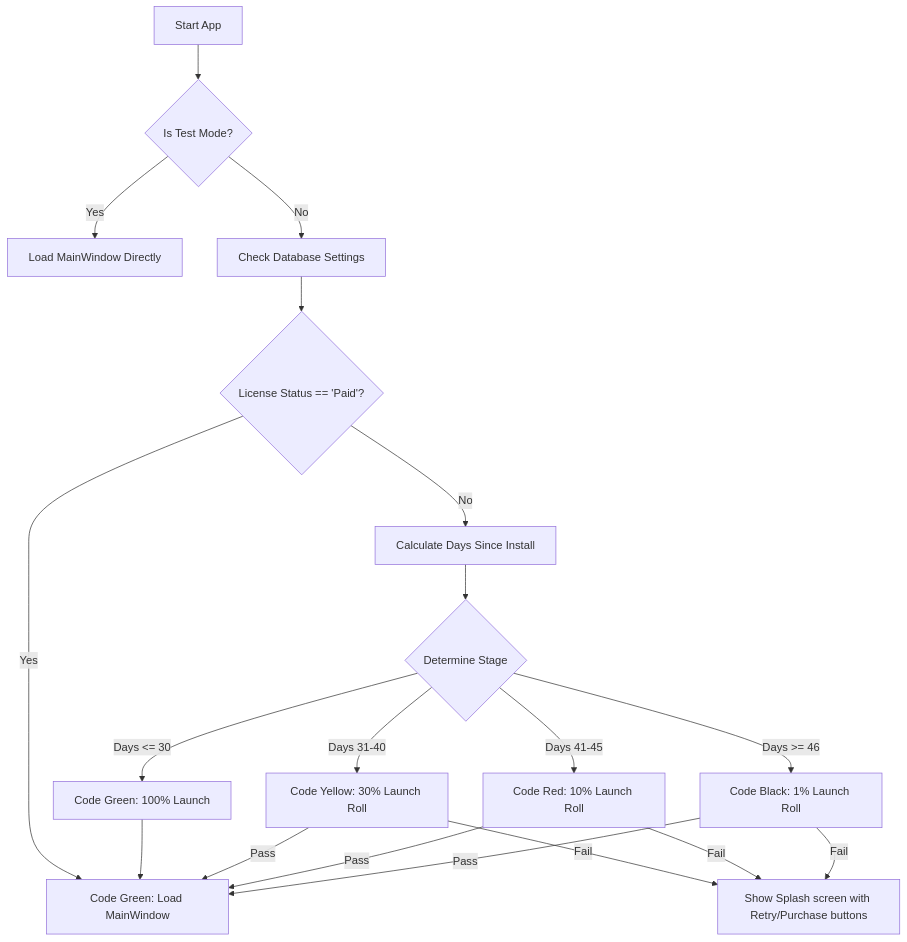
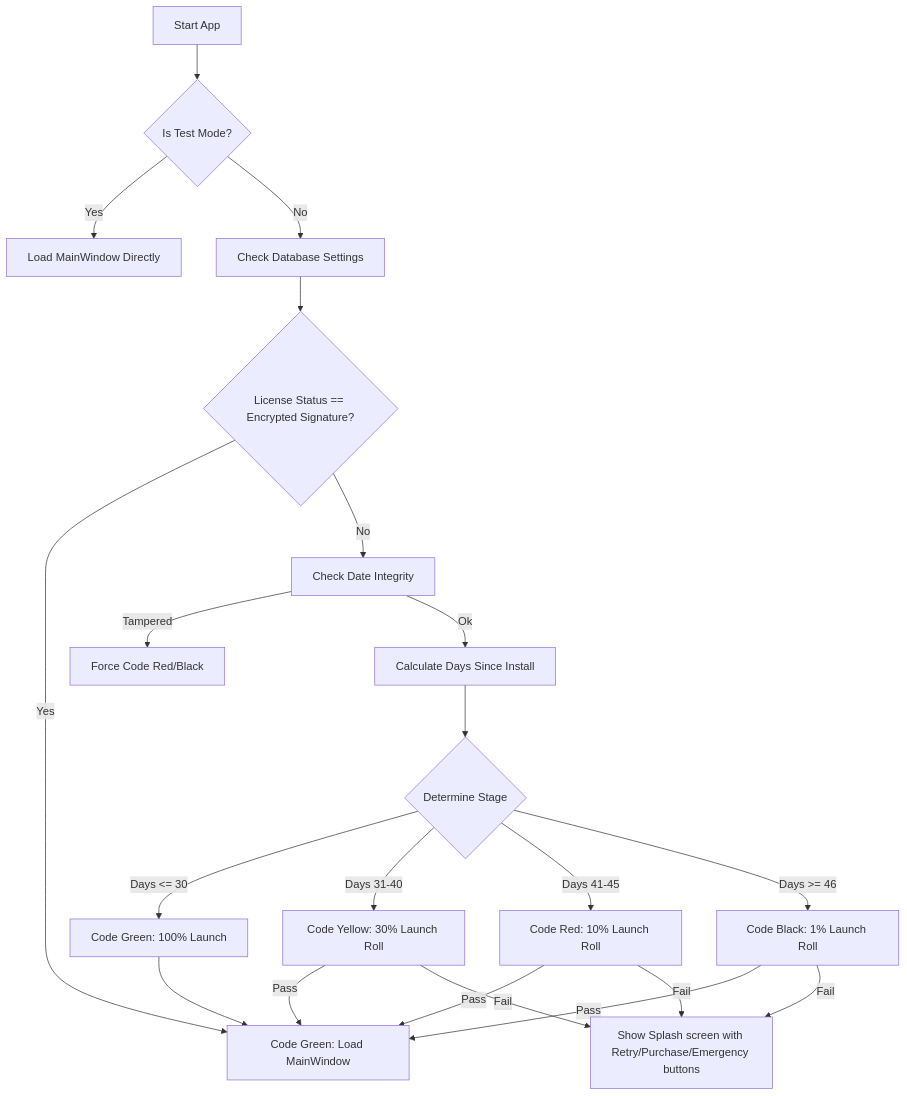
Before and after one commit to kilpatrickap/estimator: the diagram in implementation_plan_trial_splash.md, drawn with Mermaid. The commit also changed other lines of this file, not shown here.

Commit message:
Splash Screen - Risk Mitigation Plan

````diff
--- a/implementation_plan_trial_splash.md
+++ b/implementation_plan_trial_splash.md
@@ -30,23 +30,25 @@
 ```mermaid
 graph TD
     A[Start App] --> B{Is Test Mode?}
     B -- Yes --> C[Load MainWindow Directly]
     B -- No --> D[Check Database Settings]
-    D --> E{License Status == 'Paid'?}
+    D --> E{License Status == Encrypted Signature?}
     E -- Yes --> F[Code Green: Load MainWindow]
-    E -- No --> G[Calculate Days Since Install]
-    G --> H{Determine Stage}
-    H -- Days <= 30 --> I[Code Green: 100% Launch]
-    H -- Days 31-40 --> J[Code Yellow: 30% Launch Roll]
-    H -- Days 41-45 --> K[Code Red: 10% Launch Roll]
-    H -- Days >= 46 --> L[Code Black: 1% Launch Roll]
+    E -- No --> G[Check Date Integrity]
+    G -- Tampered --> H[Force Code Red/Black]
+    G -- Ok --> I[Calculate Days Since Install]
+    I --> J{Determine Stage}
+    J -- Days <= 30 --> K[Code Green: 100% Launch]
+    J -- Days 31-40 --> L[Code Yellow: 30% Launch Roll]
+    J -- Days 41-45 --> M[Code Red: 10% Launch Roll]
+    J -- Days >= 46 --> N[Code Black: 1% Launch Roll]
     
-    I --> F
-    J -- Pass --> F
-    K -- Pass --> F
+    K --> F
     L -- Pass --> F
+    M -- Pass --> F
+    N -- Pass --> F
     
-    J -- Fail --> M[Show Splash screen with Retry/Purchase buttons]
-    K -- Fail --> M
-    L -- Fail --> M
+    L -- Fail --> O[Show Splash screen with Retry/Purchase/Emergency buttons]
+    M -- Fail --> O
+    N -- Fail --> O
 ```
````
